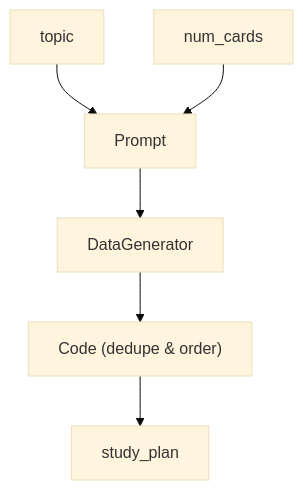
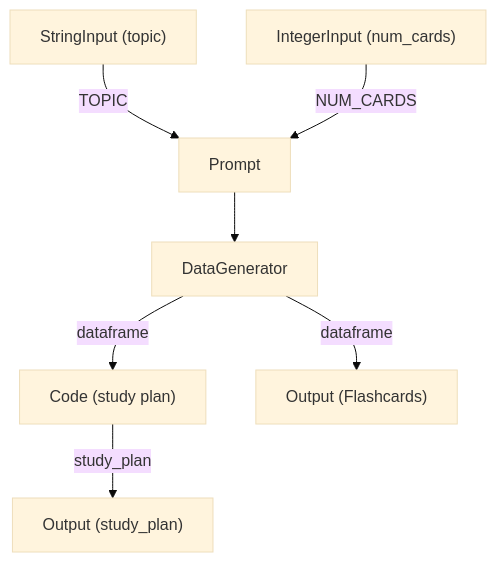
The diagram in docs/workflows/flashcard-generator.md (nodetool-ai/nodetool), drawn with Mermaid (base theme) before and after one commit. The commit also changed other lines of this file and 118 other files, not shown here.

```diff
--- a/docs/workflows/flashcard-generator.md
+++ b/docs/workflows/flashcard-generator.md
@@ -22,14 +28,16 @@
 {% mermaid %}
 graph TD
-  topic_topic_["topic"]
-  num_cards_input["num_cards"]
-  formattext_format["Prompt"]
-  datagenerator_genera["DataGenerator"]
-  plan_study["Code (dedupe & order)"]
-  plan_output["study_plan"]
-  topic_topic_ --> formattext_format
-  num_cards_input --> formattext_format
-  formattext_format --> datagenerator_genera
-  datagenerator_genera --> plan_study
-  plan_study --> plan_output
+  topic["StringInput (topic)"]
+  count["IntegerInput (num_cards)"]
+  prompt["Prompt"]
+  generator["DataGenerator"]
+  plan["Code (study plan)"]
+  cards["Output (Flashcards)"]
+  planOut["Output (study_plan)"]
+  topic -->|TOPIC| prompt
+  count -->|NUM_CARDS| prompt
+  prompt --> generator
+  generator -->|dataframe| cards
+  generator -->|dataframe| plan
+  plan -->|study_plan| planOut
 {% endmermaid %}
```
